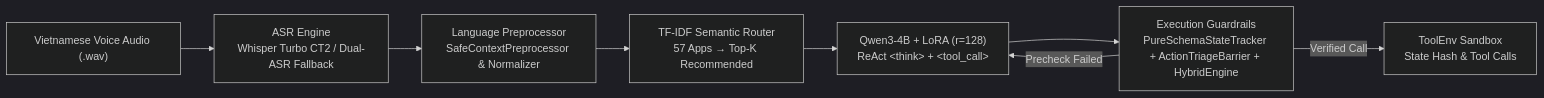
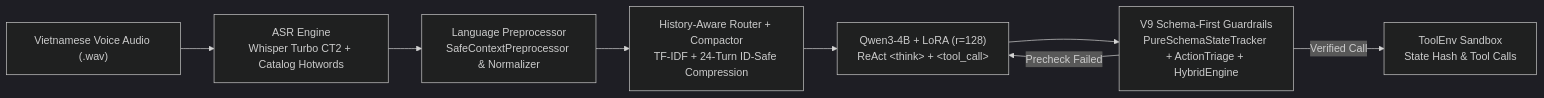
Before and after one commit to Phongkarazz/lifemate-vietnamese-voice-agent: the diagram in README.md, drawn with Mermaid (dark theme). The commit also changed other lines of this file and 14 other files, not shown here.

Commit message:
feat(v9): add schema-first guardrails, 24-turn compaction, CPU benchmark suite, and architecture case study

````diff
--- a/README.md
+++ b/README.md
@@ -40,10 +64,10 @@
 ```mermaid
 flowchart LR
-    A["Vietnamese Voice Audio (.wav)"] --> B["ASR Engine<br/>Whisper Turbo CT2 / Dual-ASR Fallback"]
+    A["Vietnamese Voice Audio (.wav)"] --> B["ASR Engine<br/>Whisper Turbo CT2 + Catalog Hotwords"]
     B --> C["Language Preprocessor<br/>SafeContextPreprocessor & Normalizer"]
-    C --> D["TF-IDF Semantic Router<br/>57 Apps → Top-K Recommended"]
+    C --> D["History-Aware Router + Compactor<br/>TF-IDF + 24-Turn ID-Safe Compression"]
     D --> E["Qwen3-4B + LoRA (r=128)<br/>ReAct &lt;think&gt; + &lt;tool_call&gt;"]
-    E --> F["Execution Guardrails<br/>PureSchemaStateTracker + ActionTriageBarrier + HybridEngine"]
+    E --> F["V9 Schema-First Guardrails<br/>PureSchemaStateTracker + ActionTriage + HybridEngine"]
     F -->|Precheck Failed| E
     F -->|Verified Call| G["ToolEnv Sandbox<br/>State Hash & Tool Calls"]
 ```
````
